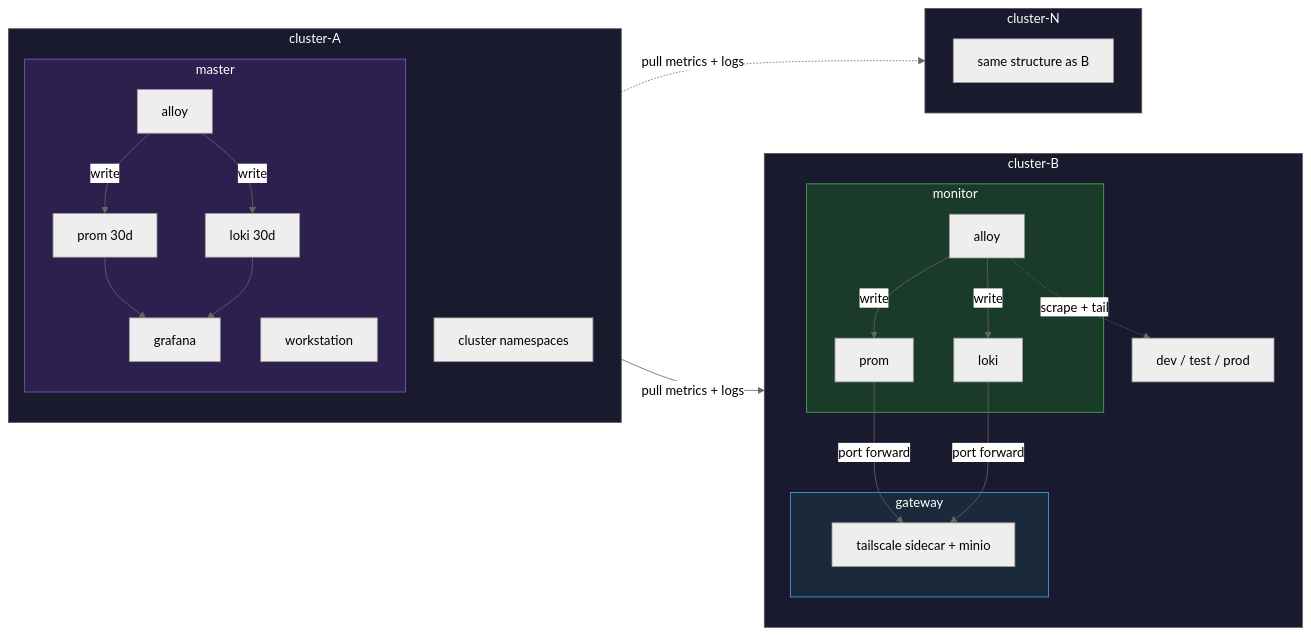
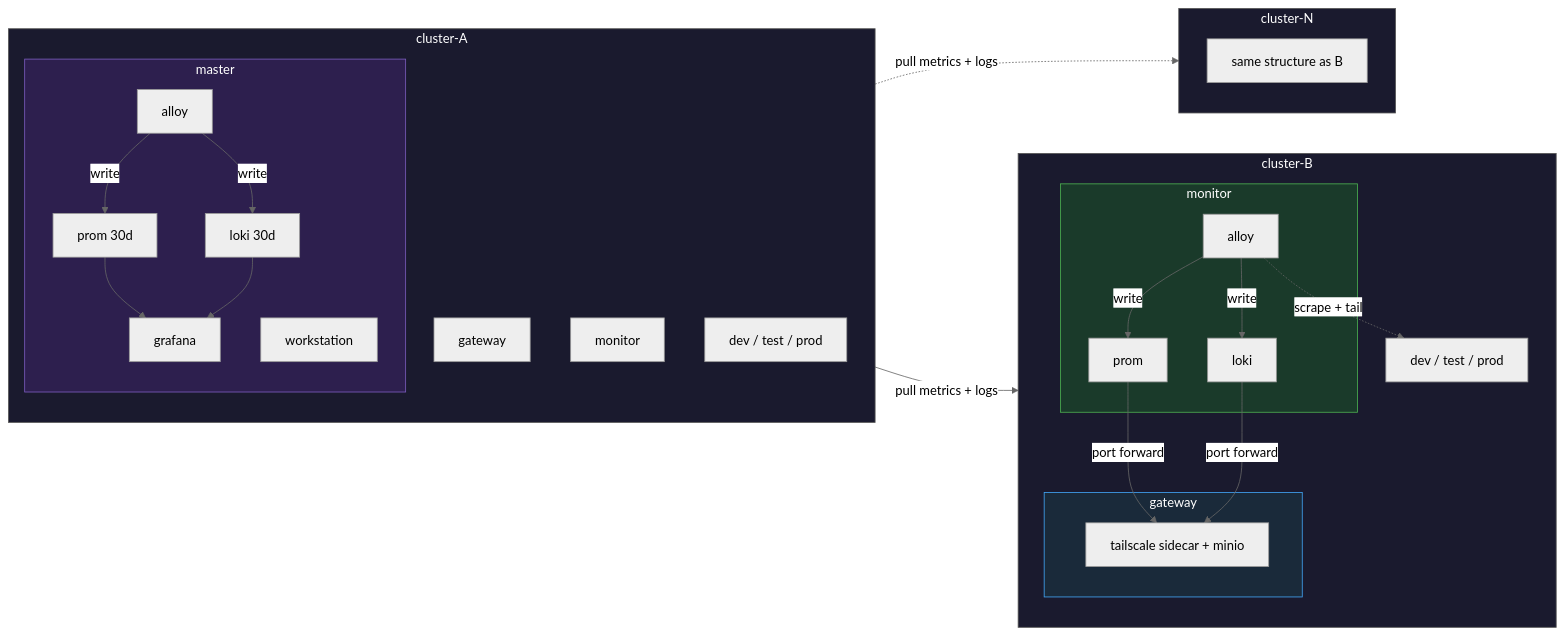
Before and after one commit to Kord96/kordinate: the first of 2 diagrams in docs/infra/infrastructure.md, drawn with Mermaid (neutral theme). The commit also changed other lines of this file, not shown here.

First line of the commit message:
Simplify cluster-A in diagrams — show master + namespace list only

````diff
--- a/docs/infra/infrastructure.md
+++ b/docs/infra/infrastructure.md
@@ -22,39 +22,41 @@
 ```mermaid
 flowchart LR
     subgraph CB[cluster-B]
         direction TB
         ENV-B[dev / test / prod]
         subgraph mon-b[monitor]
             AL-B[alloy] -->|write| PR-B[prom] & LK-B[loki]
         end
         subgraph gw-b[gateway]
             GWT-B[tailscale sidecar + minio]
         end
         AL-B -.->|scrape + tail| ENV-B
         PR-B & LK-B -->|port forward| GWT-B
     end
 
     subgraph CA[cluster-A]
         direction TB
         subgraph master[master]
             MA[alloy] -->|write| MP[prom 30d] & ML[loki 30d]
             MP & ML --> G[grafana]
             WS[workstation]
         end
-        CA-OTHER[cluster namespaces]
+        CA-NS1[gateway]
+        CA-NS2[monitor]
+        CA-NS3[dev / test / prod]
     end
 
     subgraph CN[cluster-N]
         CN-INNER[same structure as B]
     end
 
     MA -->|pull metrics + logs| GWT-B
     MA -.->|pull metrics + logs| CN
 
     style master fill:#2d1f4e,stroke:#7c5cbf,color:#fff
     style mon-b fill:#1a3a2a,stroke:#4caf50,color:#fff
     style gw-b fill:#1a2a3a,stroke:#42a5f5,color:#fff
     style CA fill:#1a1a2e,stroke:#555,color:#fff
     style CB fill:#1a1a2e,stroke:#555,color:#fff
     style CN fill:#1a1a2e,stroke:#555,color:#fff
 ```
````
